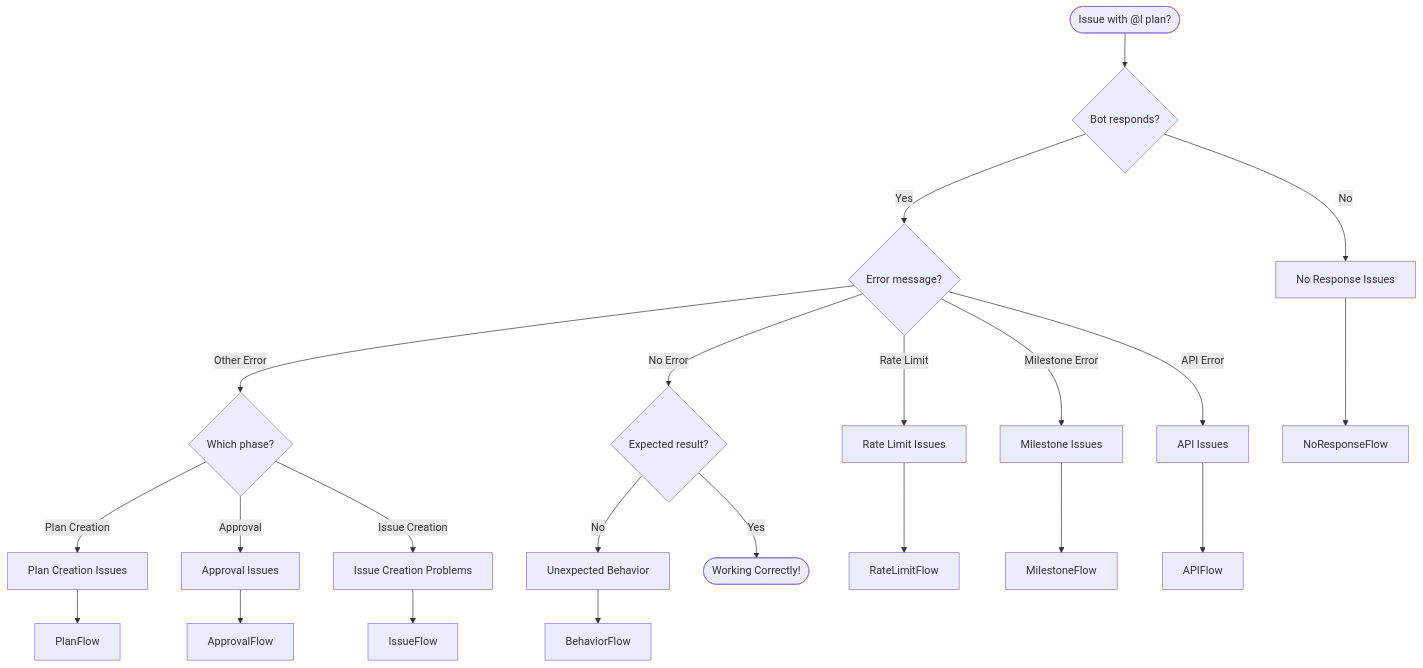
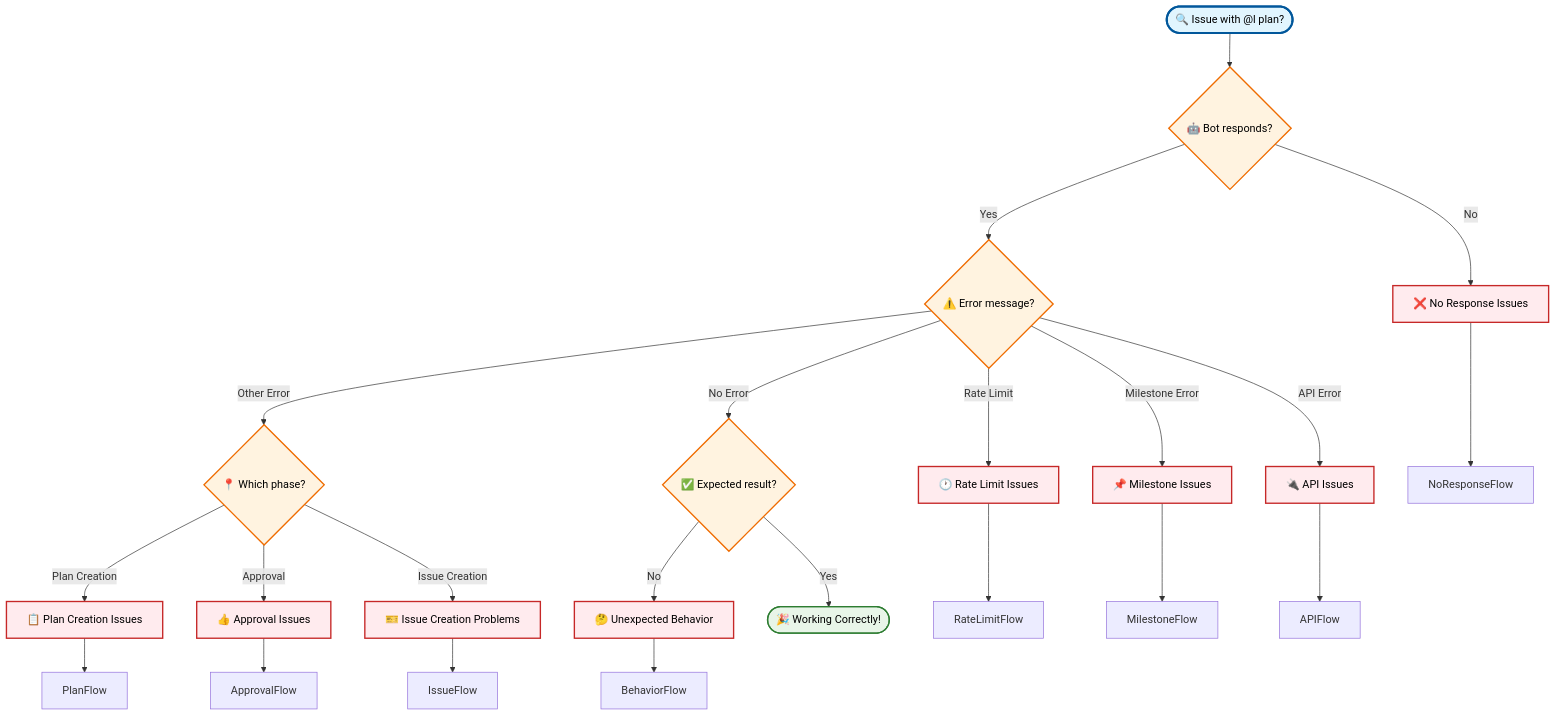
Before and after one commit to larp0/uwularpy: the second of 10 diagrams in AT_L_PLAN_TROUBLESHOOTING_FLOWCHART.md, drawn with Mermaid. The commit also changed other lines of this file and 1 other file, not shown here.

Commit message:
Improve mermaid diagrams with enhanced styling, icons, and visual hierarchy

````diff
--- a/AT_L_PLAN_TROUBLESHOOTING_FLOWCHART.md
+++ b/AT_L_PLAN_TROUBLESHOOTING_FLOWCHART.md
@@ -7,29 +35,41 @@
 ```mermaid
 flowchart TD
-    Start([Issue with @l plan?]) --> Check1{Bot responds?}
+    Start([🔍 Issue with @l plan?]) --> Check1{🤖 Bot responds?}
     
-    Check1 -->|No| NoResponse[No Response Issues]
-    Check1 -->|Yes| Check2{Error message?}
+    Check1 -->|No| NoResponse[❌ No Response Issues]
+    Check1 -->|Yes| Check2{⚠️ Error message?}
     
-    Check2 -->|Rate Limit| RateLimit[Rate Limit Issues]
-    Check2 -->|Milestone Error| Milestone[Milestone Issues]
-    Check2 -->|API Error| APIError[API Issues]
-    Check2 -->|Other Error| Check3{Which phase?}
-    Check2 -->|No Error| Check4{Expected result?}
+    Check2 -->|Rate Limit| RateLimit[🕐 Rate Limit Issues]
+    Check2 -->|Milestone Error| Milestone[📌 Milestone Issues]
+    Check2 -->|API Error| APIError[🔌 API Issues]
+    Check2 -->|Other Error| Check3{📍 Which phase?}
+    Check2 -->|No Error| Check4{✅ Expected result?}
     
-    Check3 -->|Plan Creation| PlanIssues[Plan Creation Issues]
-    Check3 -->|Approval| ApprovalIssues[Approval Issues]
-    Check3 -->|Issue Creation| IssueIssues[Issue Creation Problems]
+    Check3 -->|Plan Creation| PlanIssues[📋 Plan Creation Issues]
+    Check3 -->|Approval| ApprovalIssues[👍 Approval Issues]
+    Check3 -->|Issue Creation| IssueIssues[🎫 Issue Creation Problems]
     
-    Check4 -->|No| UnexpectedBehavior[Unexpected Behavior]
-    Check4 -->|Yes| Success([Working Correctly!])
+    Check4 -->|No| UnexpectedBehavior[🤔 Unexpected Behavior]
+    Check4 -->|Yes| Success([🎉 Working Correctly!])
     
     NoResponse --> NoResponseFlow
     RateLimit --> RateLimitFlow
     Milestone --> MilestoneFlow
     APIError --> APIFlow
     PlanIssues --> PlanFlow
     ApprovalIssues --> ApprovalFlow
     IssueIssues --> IssueFlow
     UnexpectedBehavior --> BehaviorFlow
+    
+    %% Color coding for better visual hierarchy
+    classDef startNode fill:#e1f5fe,stroke:#01579b,stroke-width:3px,color:#000
+    classDef errorNode fill:#ffebee,stroke:#c62828,stroke-width:2px,color:#000
+    classDef successNode fill:#e8f5e8,stroke:#2e7d32,stroke-width:2px,color:#000
+    classDef decisionNode fill:#fff3e0,stroke:#ef6c00,stroke-width:2px,color:#000
+    classDef processNode fill:#f3e5f5,stroke:#7b1fa2,stroke-width:2px,color:#000
+    
+    class Start startNode
+    class Success successNode
+    class NoResponse,RateLimit,Milestone,APIError,PlanIssues,ApprovalIssues,IssueIssues,UnexpectedBehavior errorNode
+    class Check1,Check2,Check3,Check4 decisionNode
 ```
````
